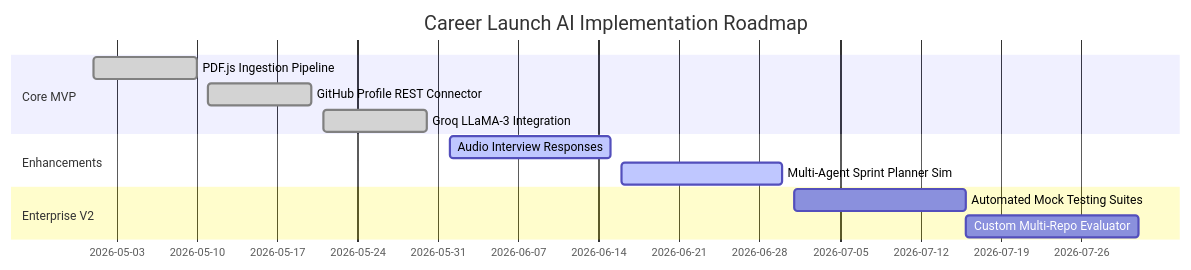
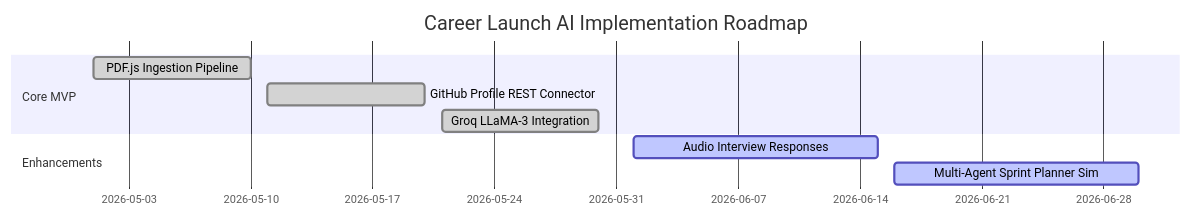
Before and after one commit to ChiragSharma-DEV/CareerLaunch-AI: the eighth of 10 diagrams in README.md, drawn with Mermaid. The commit also changed other lines of this file, not shown here.

````diff
--- a/README.md
+++ b/README.md
@@ -520,15 +338,12 @@
 ```mermaid
 gantt
     title Career Launch AI Implementation Roadmap
     dateFormat  YYYY-MM-DD
     section Core MVP
     PDF.js Ingestion Pipeline           :done,    des1, 2026-05-01, 2026-05-10
     GitHub Profile REST Connector      :done,    des2, 2026-05-11, 2026-05-20
     Groq LLaMA-3 Integration           :done,    des3, 2026-05-21, 2026-05-30
     section Enhancements
     Audio Interview Responses          :active,  des4, 2026-06-01, 2026-06-15
     Multi-Agent Sprint Planner Sim     :active,  des5, 2026-06-16, 2026-06-30
-    section Enterprise V2
-    Automated Mock Testing Suites      :         des6, 2026-07-01, 15d
-    Custom Multi-Repo Evaluator        :         des7, 2026-07-16, 15d
 ```
````
